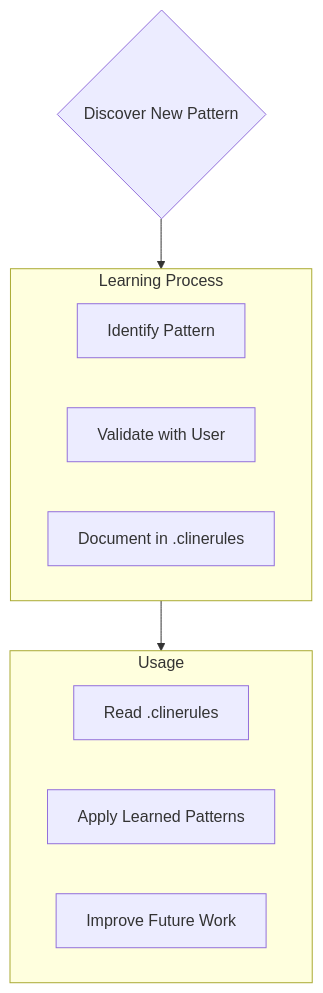
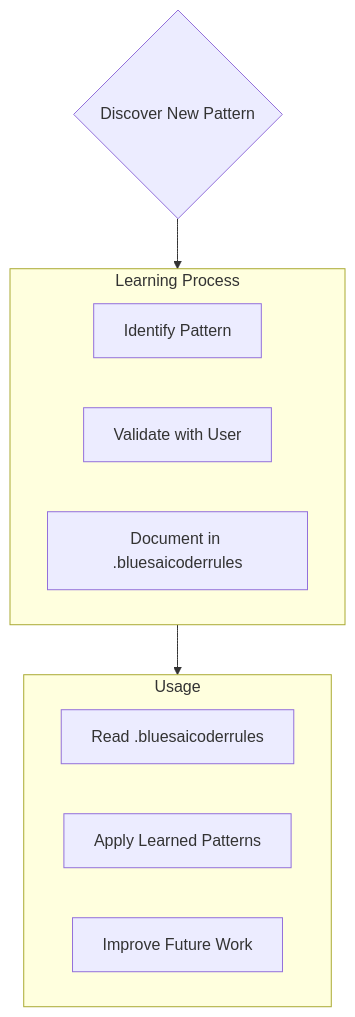
One commit to blue-blues/blue_coder changed the fifth of 5 diagrams in old_docs/prompting/custom instructions library/raw-instructions/cline-memory-bank.md. Above: the diagram before and after it, drawn with Mermaid. The commit also changed other lines of this file and 199 other files, not shown here.

````diff
--- a/old_docs/prompting/custom instructions library/raw-instructions/cline-memory-bank.md
+++ b/old_docs/prompting/custom instructions library/raw-instructions/cline-memory-bank.md
@@ -123,19 +123,19 @@
 ```mermaid
 flowchart TD
     Start{Discover New Pattern}
     
     subgraph Learn [Learning Process]
         D1[Identify Pattern]
         D2[Validate with User]
-        D3[Document in .clinerules]
+        D3[Document in .bluesaicoderrules]
     end
     
     subgraph Apply [Usage]
-        A1[Read .clinerules]
+        A1[Read .bluesaicoderrules]
         A2[Apply Learned Patterns]
         A3[Improve Future Work]
     end
     
     Start --> Learn
     Learn --> Apply
 ```
````
